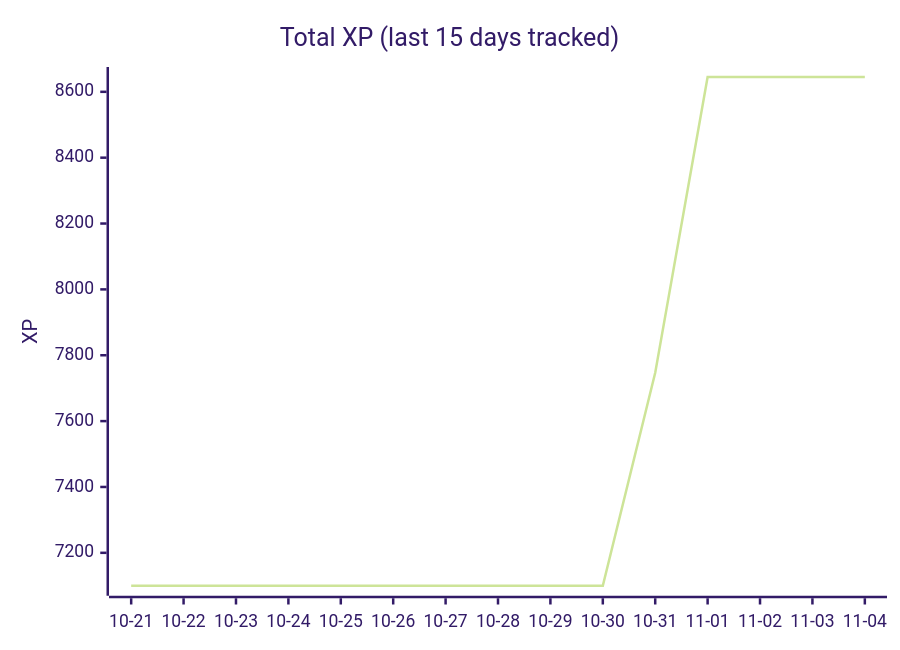
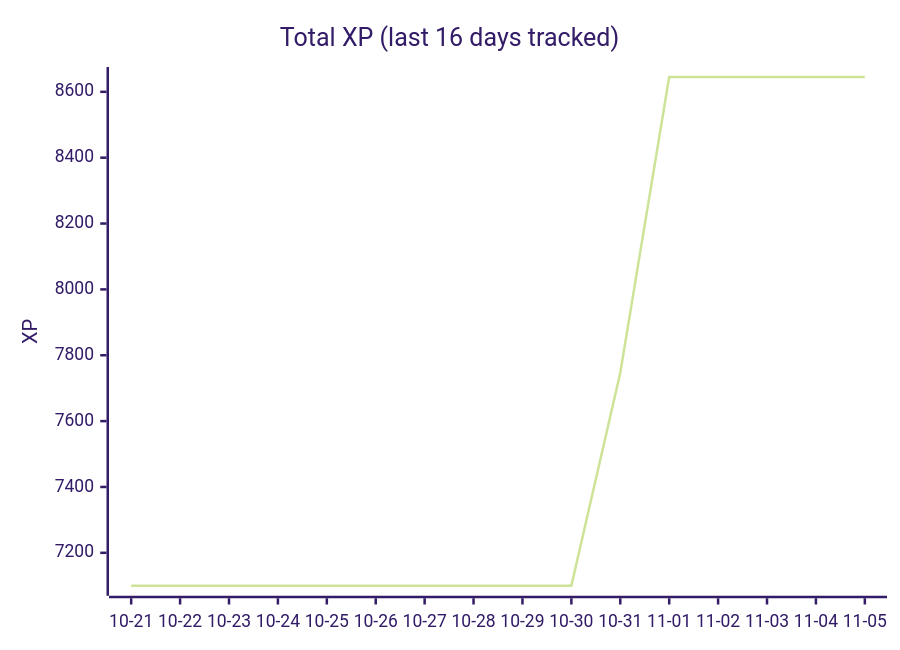
One commit to ASR222/bootdev-progress changed the diagram in README.md. Above: the diagram before and after it, drawn with Mermaid (forest theme). The commit also changed other lines of this file and 1 other file, not shown here.

Commit message:
Boot.dev progress: 2026-11-04

````diff
--- a/README.md
+++ b/README.md
@@ -14,7 +14,7 @@
 ```mermaid
 xychart-beta
-    title "Total XP (last 15 days tracked)"
-    x-axis ["10-21", "10-22", "10-23", "10-24", "10-25", "10-26", "10-27", "10-28", "10-29", "10-30", "10-31", "11-01", "11-02", "11-03", "11-04"]
+    title "Total XP (last 16 days tracked)"
+    x-axis ["10-21", "10-22", "10-23", "10-24", "10-25", "10-26", "10-27", "10-28", "10-29", "10-30", "10-31", "11-01", "11-02", "11-03", "11-04", "11-05"]
     y-axis "XP"
-    line [7100, 7100, 7100, 7100, 7100, 7100, 7100, 7100, 7100, 7100, 7747, 8645, 8645, 8645, 8645]
+    line [7100, 7100, 7100, 7100, 7100, 7100, 7100, 7100, 7100, 7100, 7747, 8645, 8645, 8645, 8645, 8645]
 ```
````
